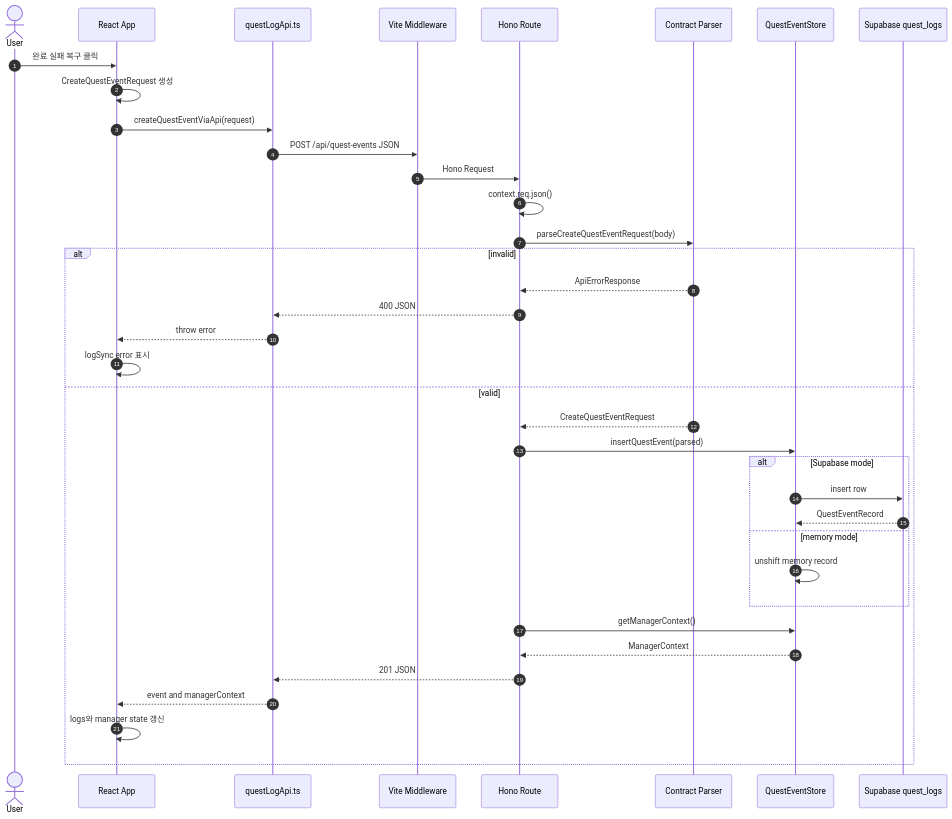
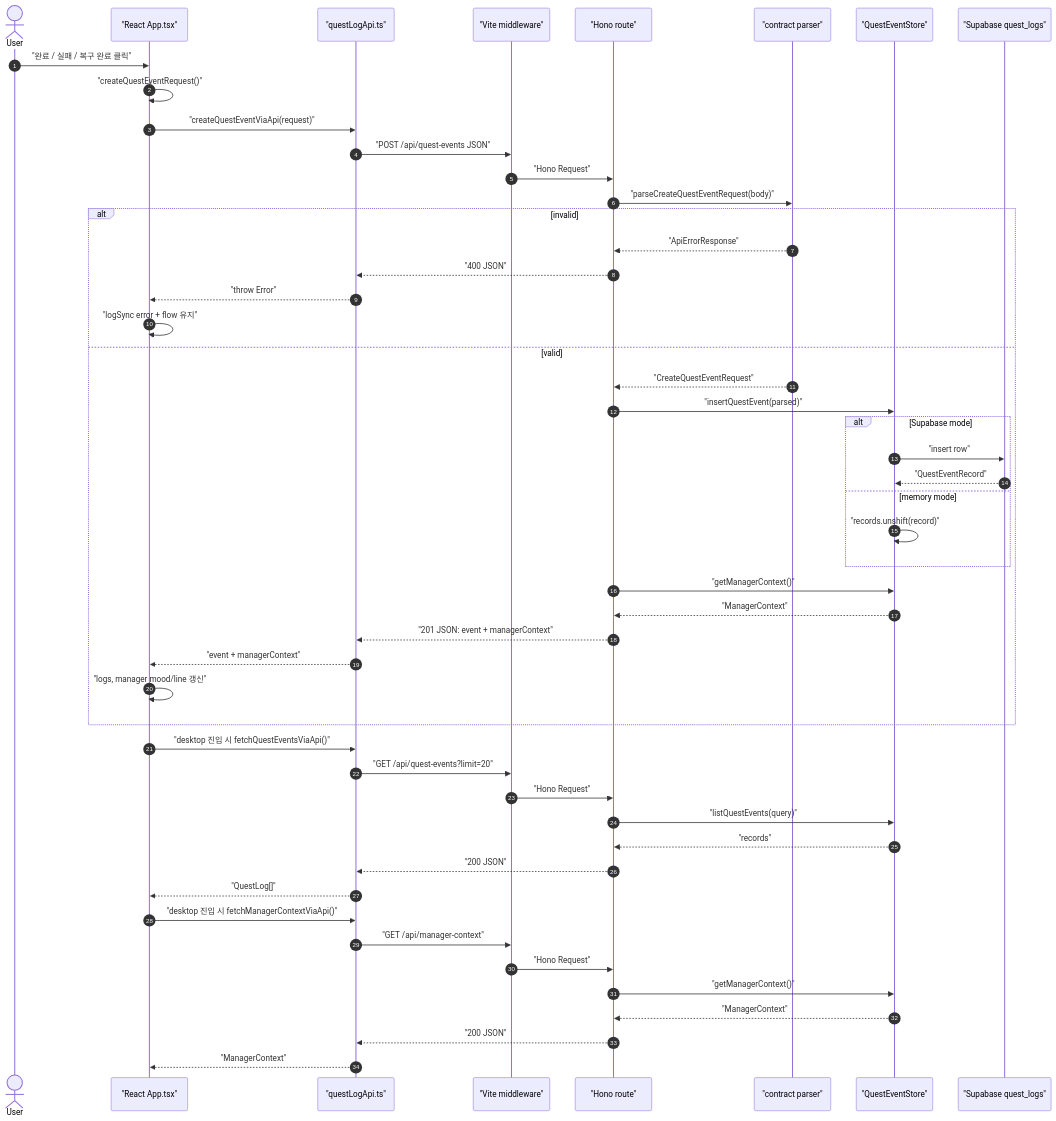
Before and after one commit to Mureung1/hub-showcase: the second of 5 diagrams in docs/architecture-data-flow.md, drawn with Mermaid. The commit also changed other lines of this file and 63 other files, not shown here.

````diff
--- a/docs/architecture-data-flow.md
+++ b/docs/architecture-data-flow.md
@@ -109,40 +89,55 @@
 ```mermaid
 sequenceDiagram
   autonumber
   actor User
-  participant App as React App
-  participant Api as questLogApi.ts
-  participant Vite as Vite Middleware
-  participant Route as Hono Route
-  participant Parser as Contract Parser
-  participant Store as QuestEventStore
-  participant DB as Supabase quest_logs
+  participant App as "React App.tsx"
+  participant Api as "questLogApi.ts"
+  participant Vite as "Vite middleware"
+  participant Route as "Hono route"
+  participant Parser as "contract parser"
+  participant Store as "QuestEventStore"
+  participant DB as "Supabase quest_logs"
 
-  User->>App: 완료 실패 복구 클릭
-  App->>App: CreateQuestEventRequest 생성
-  App->>Api: createQuestEventViaApi(request)
-  Api->>Vite: POST /api/quest-events JSON
-  Vite->>Route: Hono Request
-  Route->>Route: context.req.json()
-  Route->>Parser: parseCreateQuestEventRequest(body)
+  User->>App: "완료 / 실패 / 복구 완료 클릭"
+  App->>App: "createQuestEventRequest()"
+  App->>Api: "createQuestEventViaApi(request)"
+  Api->>Vite: "POST /api/quest-events JSON"
+  Vite->>Route: "Hono Request"
+  Route->>Parser: "parseCreateQuestEventRequest(body)"
   alt invalid
-    Parser-->>Route: ApiErrorResponse
-    Route-->>Api: 400 JSON
-    Api-->>App: throw error
-    App->>App: logSync error 표시
+    Parser-->>Route: "ApiErrorResponse"
+    Route-->>Api: "400 JSON"
+    Api-->>App: "throw Error"
+    App->>App: "logSync error + flow 유지"
   else valid
-    Parser-->>Route: CreateQuestEventRequest
-    Route->>Store: insertQuestEvent(parsed)
+    Parser-->>Route: "CreateQuestEventRequest"
+    Route->>Store: "insertQuestEvent(parsed)"
     alt Supabase mode
-      Store->>DB: insert row
-      DB-->>Store: QuestEventRecord
+      Store->>DB: "insert row"
+      DB-->>Store: "QuestEventRecord"
     else memory mode
-      Store->>Store: unshift memory record
+      Store->>Store: "records.unshift(record)"
     end
-    Route->>Store: getManagerContext()
-    Store-->>Route: ManagerContext
-    Route-->>Api: 201 JSON
-    Api-->>App: event and managerContext
-    App->>App: logs와 manager state 갱신
+    Route->>Store: "getManagerContext()"
+    Store-->>Route: "ManagerContext"
+    Route-->>Api: "201 JSON: event + managerContext"
+    Api-->>App: "event + managerContext"
+    App->>App: "logs, manager mood/line 갱신"
   end
+
+  App->>Api: "desktop 진입 시 fetchQuestEventsViaApi()"
+  Api->>Vite: "GET /api/quest-events?limit=20"
+  Vite->>Route: "Hono Request"
+  Route->>Store: "listQuestEvents(query)"
+  Store-->>Route: "records"
+  Route-->>Api: "200 JSON"
+  Api-->>App: "QuestLog[]"
+
+  App->>Api: "desktop 진입 시 fetchManagerContextViaApi()"
+  Api->>Vite: "GET /api/manager-context"
+  Vite->>Route: "Hono Request"
+  Route->>Store: "getManagerContext()"
+  Store-->>Route: "ManagerContext"
+  Route-->>Api: "200 JSON"
+  Api-->>App: "ManagerContext"
 ```
````
